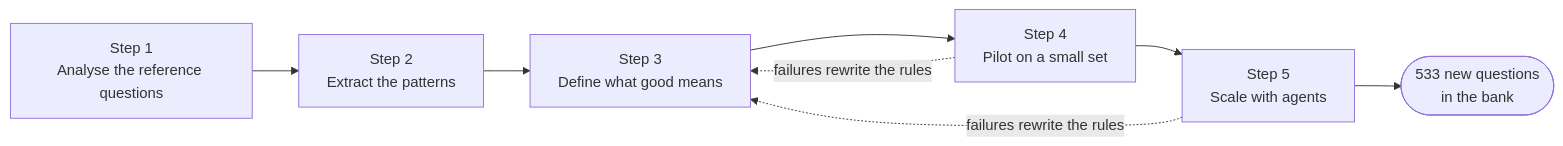
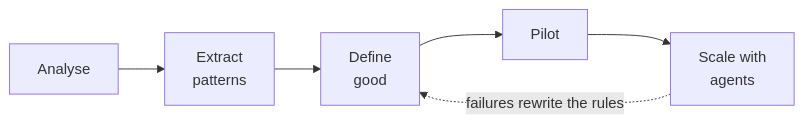
One commit to gibranmkyn/margins-mental-math changed the first of 3 diagrams in README.md. Above: the diagram before and after it, drawn with Mermaid.

Commit message:
README: larger approach diagram

````diff
--- a/README.md
+++ b/README.md
@@ -17,10 +17,8 @@
 ```mermaid
 flowchart LR
-    A["Step 1<br/>Analyse the reference questions"] --> B["Step 2<br/>Extract the patterns"]
-    B --> C["Step 3<br/>Define what good means"]
-    C --> D["Step 4<br/>Pilot on a small set"]
-    D --> E["Step 5<br/>Scale with agents"]
-    E --> F(["533 new questions<br/>in the bank"])
-    D -.->|"failures rewrite the rules"| C
+    A["Analyse"] --> B["Extract<br/>patterns"]
+    B --> C["Define<br/>good"]
+    C --> D["Pilot"]
+    D --> E["Scale with<br/>agents"]
     E -.->|"failures rewrite the rules"| C
 ```
````
